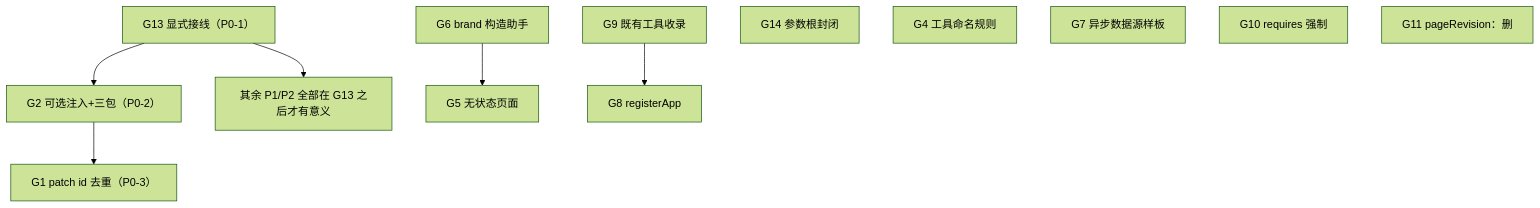
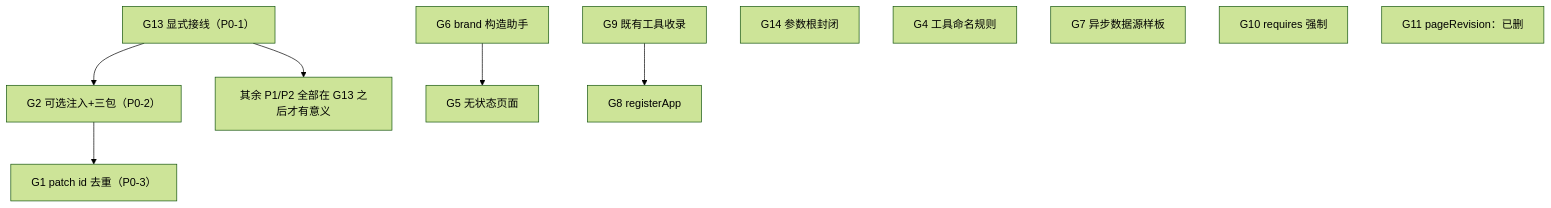
Before and after one commit to waixiaowai/veren: the fifth of 5 diagrams in docs/application-concept.cn.md, drawn with Mermaid (forest theme). The commit also changed other lines of this file and 4 other files, not shown here.

Commit message:
docs(application-concept): drop pageRevision/page-stale normative entries (G11 landed)

````diff
--- a/docs/application-concept.cn.md
+++ b/docs/application-concept.cn.md
@@ -1443,13 +1416,13 @@
 ```mermaid
 flowchart TD
   G13["G13 显式接线（P0-1）"] --> G2["G2 可选注入+三包（P0-2）"]
   G2 --> G1["G1 patch id 去重（P0-3）"]
   G13 --> REST["其余 P1/P2 全部在 G13 之后才有意义"]
   G6["G6 brand 构造助手"] --> G5["G5 无状态页面"]
   G9["G9 既有工具收录"] --> G8["G8 registerApp"]
   G14["G14 参数根封闭"]
   G4["G4 工具命名规则"]
   G7["G7 异步数据源样板"]
   G10["G10 requires 强制"]
-  G11["G11 pageRevision：删"]
+  G11["G11 pageRevision：已删"]
 ```
````
